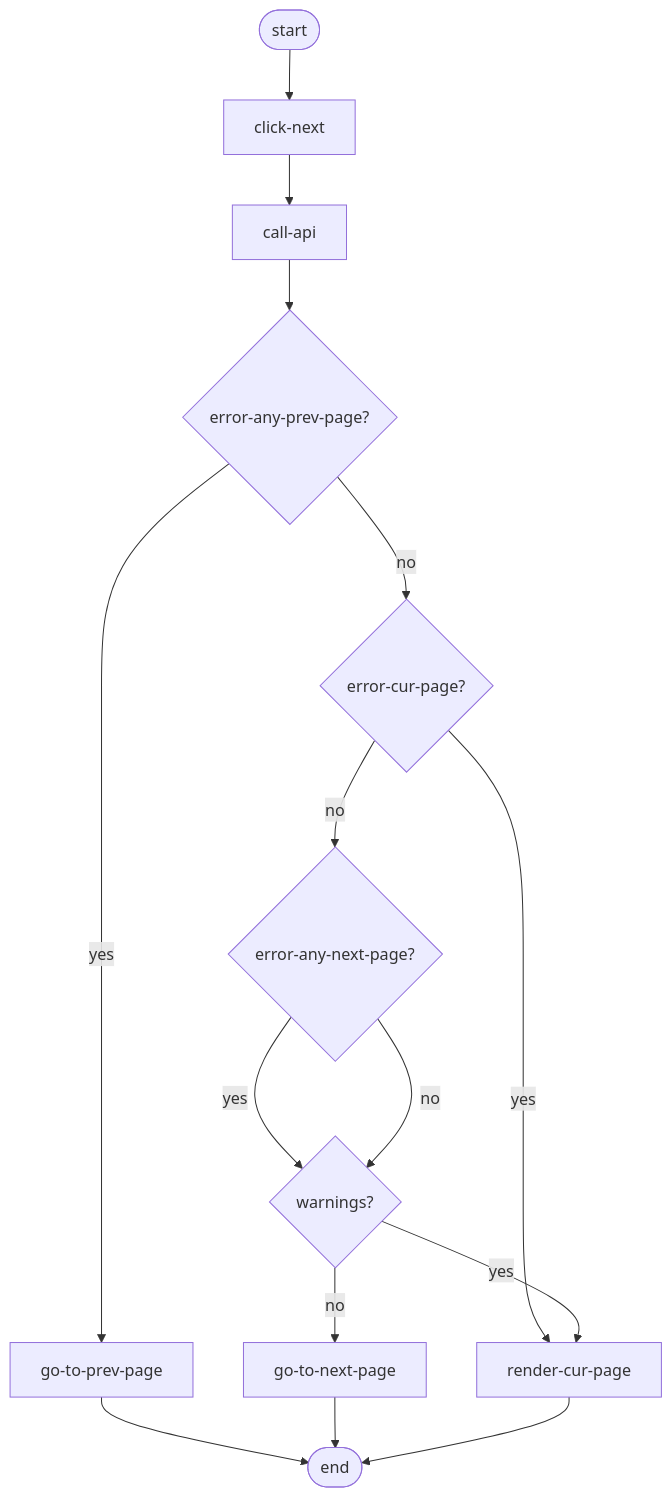
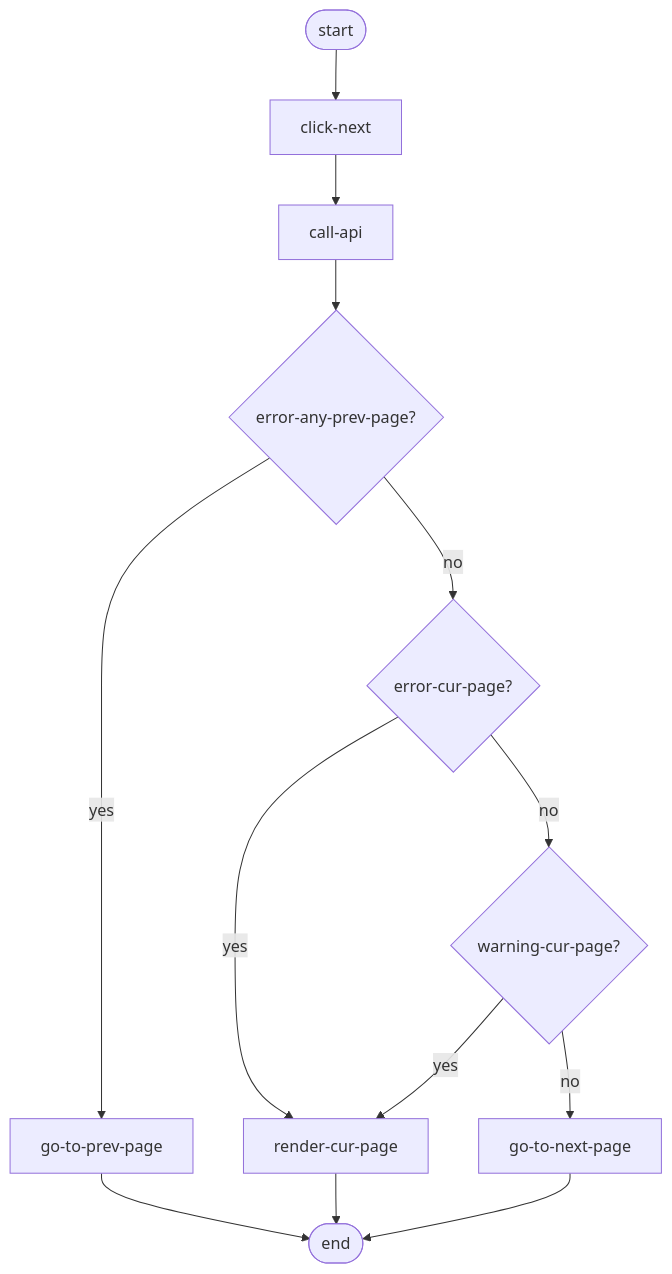
The third of 4 diagrams in documentatie/flowcharts/date-entry-page.md (kiesraad/abacus), drawn with Mermaid before and after one commit. The commit also changed other lines of this file, not shown here.

Commit message:
simplifies flow click 'volgende'

````diff
--- a/documentatie/flowcharts/date-entry-page.md
+++ b/documentatie/flowcharts/date-entry-page.md
@@ -117,40 +117,36 @@
 ```mermaid
 flowchart TD
+
     %% elements
     flow-start([start])
     flow-end([end])
 
     click-next
     call-api
     go-to-prev-page
     go-to-next-page
     render-cur-page
 
     error-any-prev-page{error-any-prev-page?}
     error-cur-page{error-cur-page?}
-    error-any-next-page{error-any-next-page?}
-    warnings{warnings?}
+    warning-cur-page{warning-cur-page?}
 
     %% flow
-
     flow-start --> click-next
     click-next --> call-api
     call-api --> error-any-prev-page
     error-any-prev-page -- yes --> go-to-prev-page
     go-to-prev-page --> flow-end
 
     error-any-prev-page -- no --> error-cur-page
 
     error-cur-page -- yes --> render-cur-page
-    error-cur-page -- no --> error-any-next-page
+    error-cur-page -- no --> warning-cur-page
 
-    error-any-next-page -- yes --> warnings
-    error-any-next-page -- no --> warnings
-
-    warnings -- no --> go-to-next-page
-    warnings -- yes --> render-cur-page
+    warning-cur-page -- yes --> render-cur-page
+    warning-cur-page -- no --> go-to-next-page
     
     go-to-next-page --> flow-end
     render-cur-page --> flow-end
 
 ```
````
